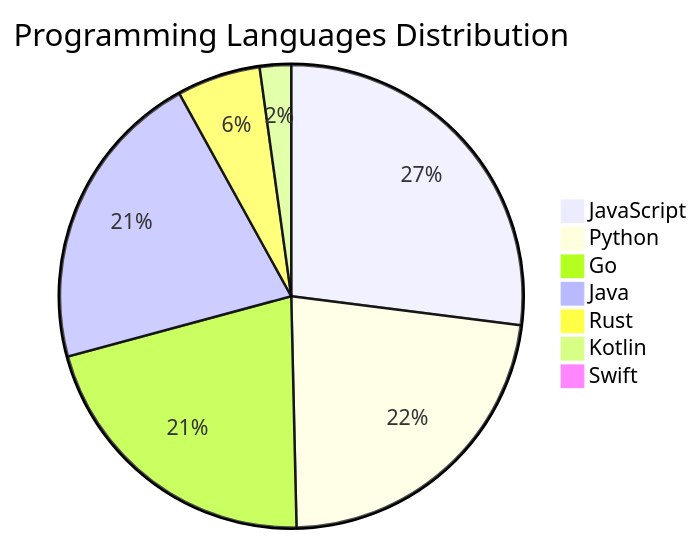
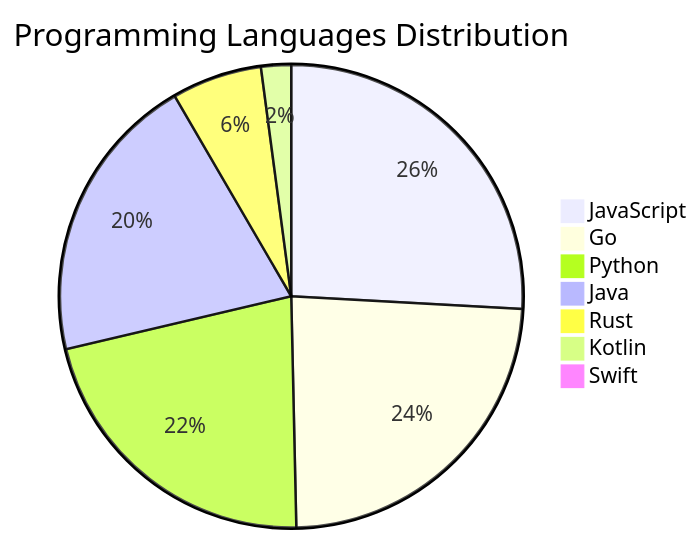
Before and after one commit to Derrick-MUGISHA/github-activity-bot: the diagram in README.md, drawn with Mermaid. The commit also changed other lines of this file and 4 other files, not shown here.

````diff
--- a/README.md
+++ b/README.md
@@ -209,10 +209,10 @@
 ```mermaid
 pie title Programming Languages Distribution
     "JavaScript" : 37
+    "Go" : 34
     "Python" : 31
-    "Go" : 29
     "Java" : 29
-    "Rust" : 8
+    "Rust" : 9
     "Kotlin" : 3
     "Swift" : 1
 ```
````
